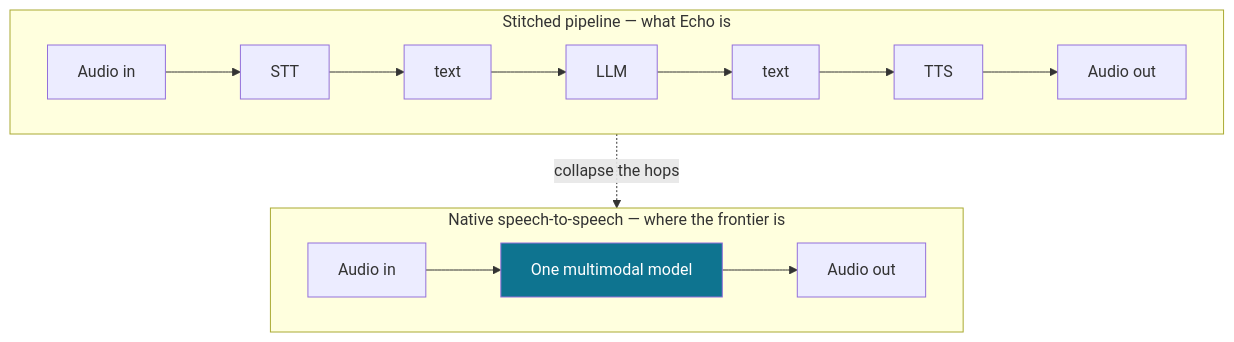
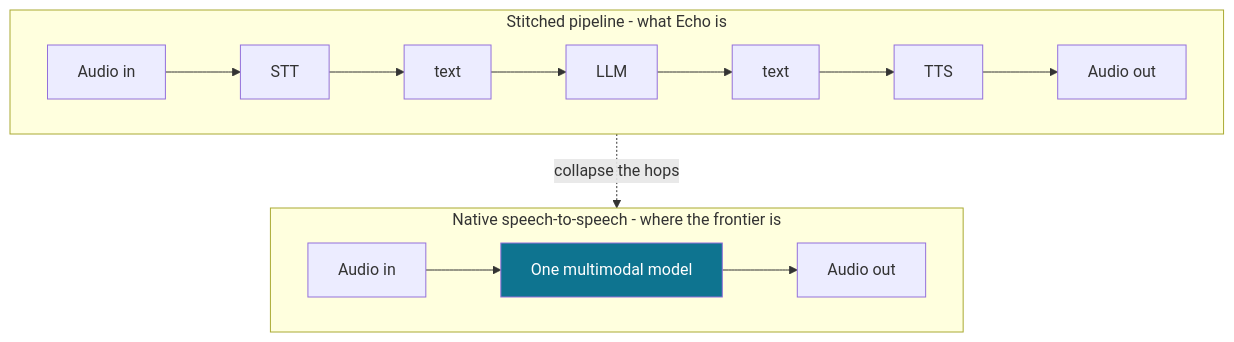
One commit to n8watkins/echo-genai-voice-agent changed the third of 4 diagrams in docs/blog/the-state-of-voice-ai.md. Above: the diagram before and after it, drawn with Mermaid. The commit also changed other lines of this file and 54 other files, not shown here.

````diff
--- a/docs/blog/the-state-of-voice-ai.md
+++ b/docs/blog/the-state-of-voice-ai.md
@@ -88,13 +88,13 @@
 ```mermaid
 flowchart TB
-    subgraph old["Stitched pipeline — what Echo is"]
+    subgraph old["Stitched pipeline - what Echo is"]
         direction LR
         a1[Audio in] --> a2[STT] --> a3[text] --> a4[LLM] --> a5[text] --> a6[TTS] --> a7[Audio out]
     end
-    subgraph new["Native speech-to-speech — where the frontier is"]
+    subgraph new["Native speech-to-speech - where the frontier is"]
         direction LR
         b1[Audio in] --> b2[One multimodal model] --> b3[Audio out]
     end
     old -.collapse the hops.-> new
     style b2 fill:#0e7490,color:#fff
 ```
````
